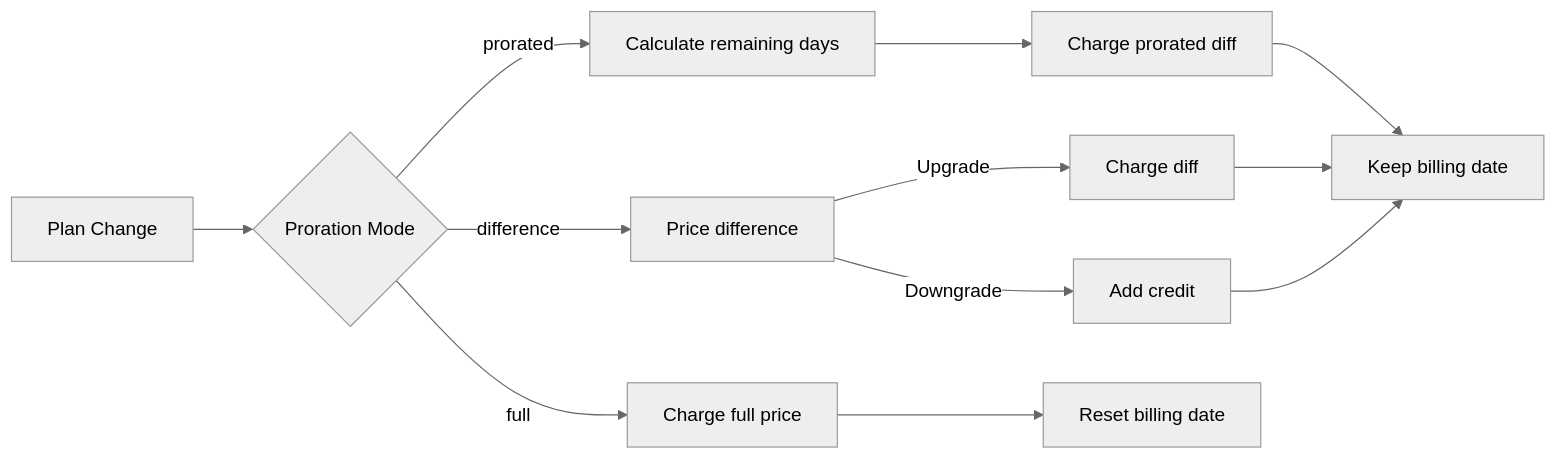
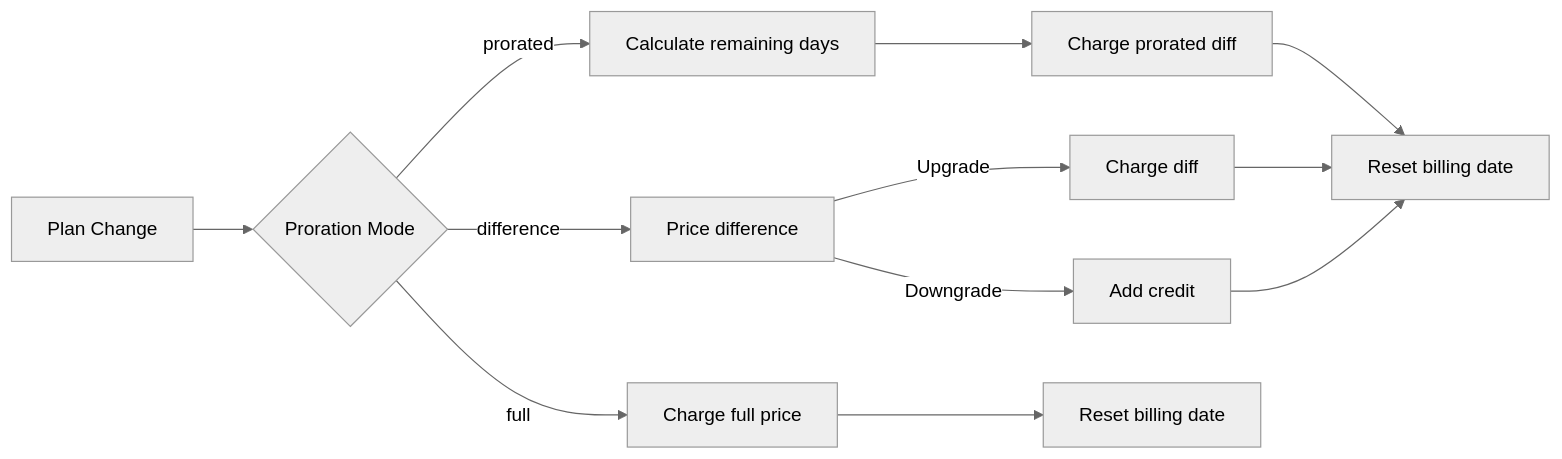
One commit to dodopayments/dodo-docs changed the third of 3 diagrams in ar/developer-resources/subscription-upgrade-downgrade.mdx. Above: the diagram before and after it, drawn with Mermaid (neutral theme). The commit also changed 25 other files, not shown here.

````diff
--- a/ar/developer-resources/subscription-upgrade-downgrade.mdx
+++ b/ar/developer-resources/subscription-upgrade-downgrade.mdx
@@ -683,14 +683,14 @@
 ```mermaid
 flowchart LR
     A[Plan Change] --> B{Proration Mode}
     B -->|prorated| C[Calculate remaining days]
     C --> D[Charge prorated diff]
-    D --> E[Keep billing date]
+    D --> E[Reset billing date]
     B -->|difference| F[Price difference]
     F -->|Upgrade| G[Charge diff]
     F -->|Downgrade| H[Add credit]
     G --> E
     H --> E
     B -->|full| I[Charge full price]
     I --> J[Reset billing date]
 ```
````
